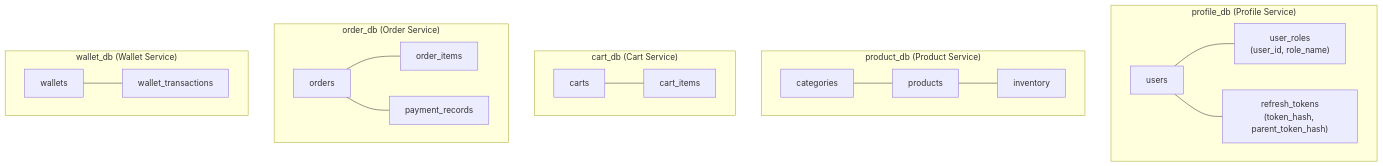
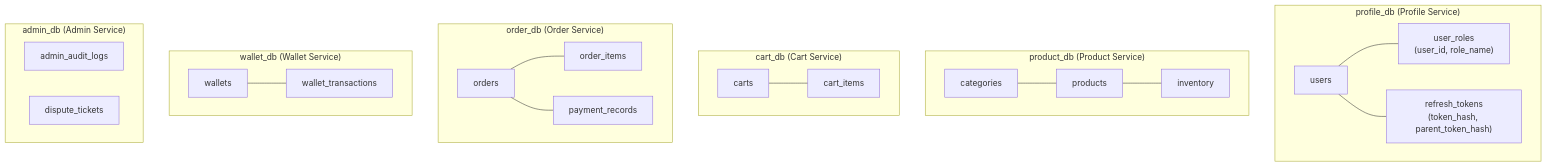
One commit to varshinijayaprabhu/E_Shopping_Zone changed the diagram in docs/database/database-overview.md. Above: the diagram before and after it, drawn with Mermaid. The commit also changed other lines of this file and 105 other files, not shown here.

````diff
--- a/docs/database/database-overview.md
+++ b/docs/database/database-overview.md
@@ -38,25 +40,30 @@
 ```mermaid
 graph TD
     subgraph profile_db ["profile_db (Profile Service)"]
         U["users"] --- R["user_roles<br/>(user_id, role_name)"]
         U --- RT["refresh_tokens<br/>(token_hash, parent_token_hash)"]
     end
 
     subgraph product_db ["product_db (Product Service)"]
         C["categories"] --- P["products"]
         P --- INV["inventory"]
     end
 
     subgraph cart_db ["cart_db (Cart Service)"]
         CRT["carts"] --- CI["cart_items"]
     end
 
     subgraph order_db ["order_db (Order Service)"]
         ORD["orders"] --- OI["order_items"]
         ORD --- PR["payment_records"]
     end
 
     subgraph wallet_db ["wallet_db (Wallet Service)"]
         W["wallets"] --- WT["wallet_transactions"]
     end
+
+    subgraph admin_db ["admin_db (Admin Service)"]
+        AL["admin_audit_logs"]
+        DT["dispute_tickets"]
+    end
 ```
````
